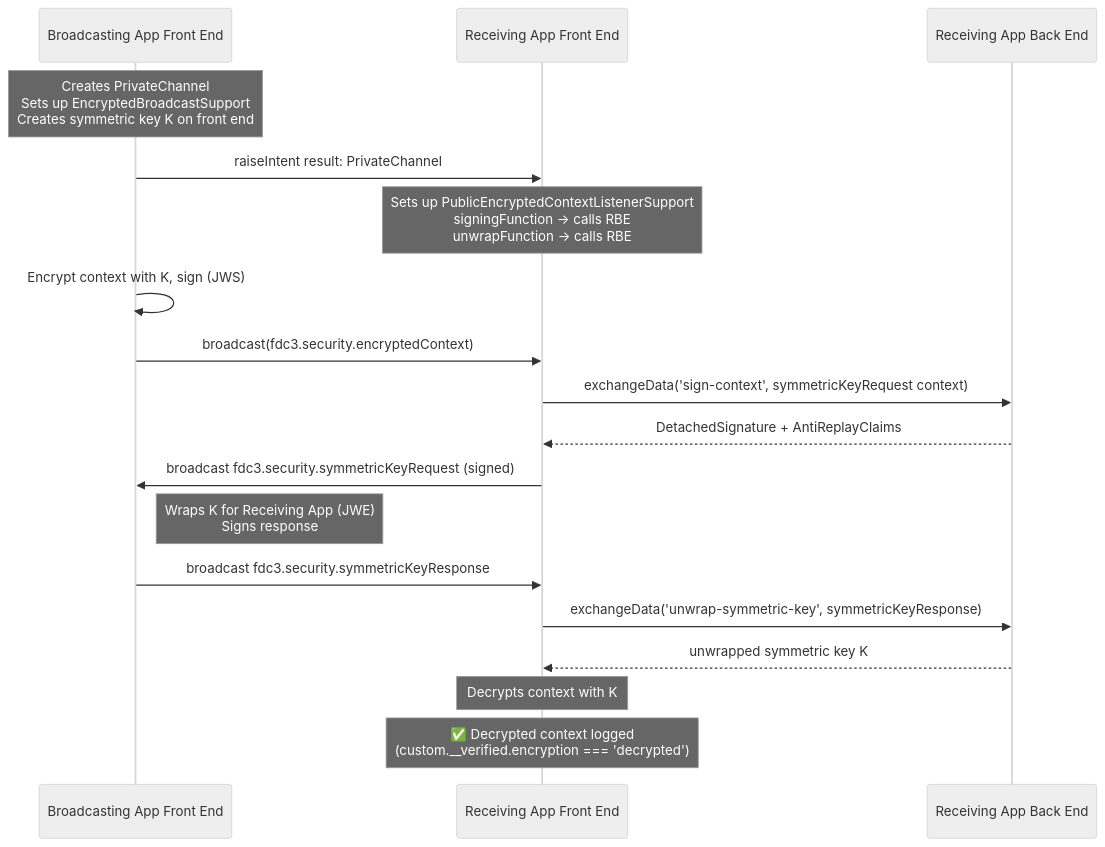
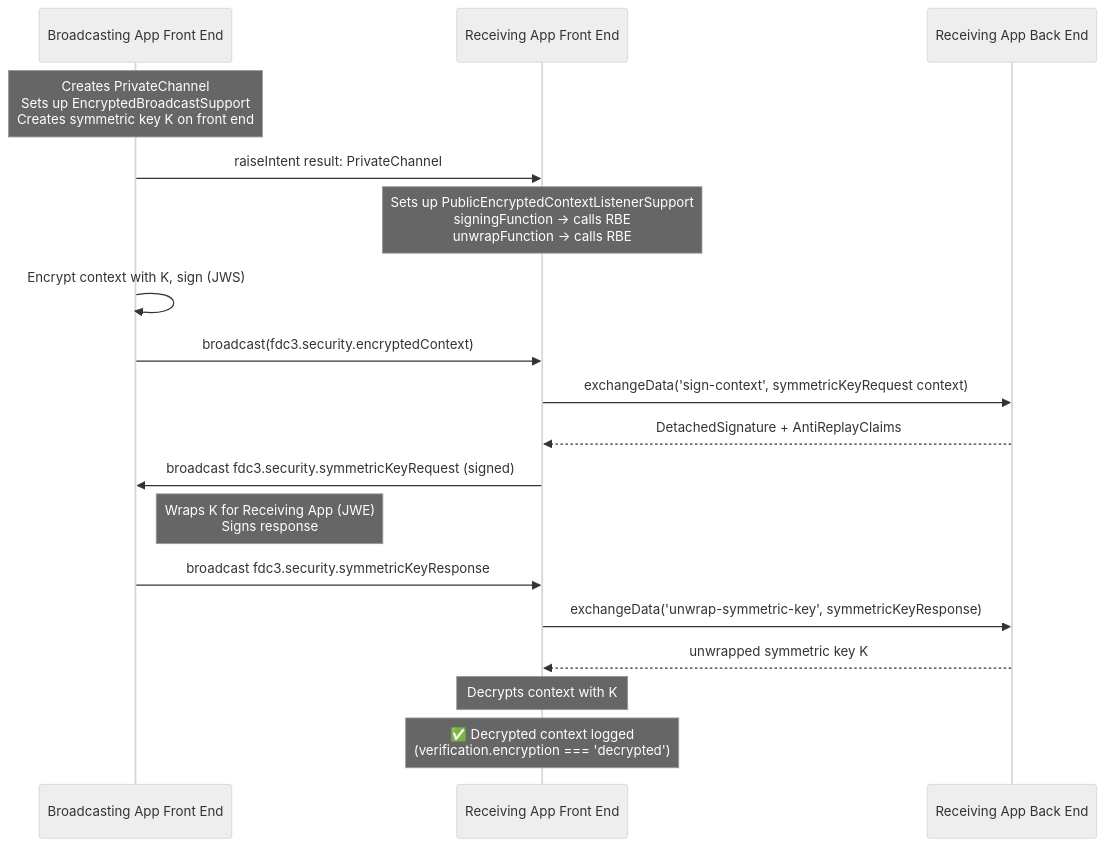
One commit to finos/FDC3 changed the second of 5 diagrams in packages/fdc3-security/samples/README.md. Above: the diagram before and after it, drawn with Mermaid (neutral theme). The commit also changed other lines of this file and 21 other files, not shown here.

Commit message:
Improving reader comprehension by changing VerifiedContextMetadata to ContextVerificationMetadata and adding documentation throughout fdc3-security

````diff
--- a/packages/fdc3-security/samples/README.md
+++ b/packages/fdc3-security/samples/README.md
@@ -76,27 +76,27 @@
 ```mermaid
 sequenceDiagram
     participant BFE as Broadcasting App Front End
     participant RFE as Receiving App Front End
     participant RBE as Receiving App Back End
 
     Note over BFE: Creates PrivateChannel<br/>Sets up EncryptedBroadcastSupport<br/>Creates symmetric key K on front end
 
     BFE->>RFE: raiseIntent result: PrivateChannel
     Note over RFE: Sets up PublicEncryptedContextListenerSupport<br/>signingFunction → calls RBE<br/>unwrapFunction → calls RBE
 
     BFE->>BFE: Encrypt context with K, sign (JWS)
     BFE->>RFE: broadcast(fdc3.security.encryptedContext)
 
     RFE->>RBE: exchangeData('sign-context', symmetricKeyRequest context)
     RBE-->>RFE: DetachedSignature + AntiReplayClaims
     RFE->>BFE: broadcast fdc3.security.symmetricKeyRequest (signed)
 
     Note right of BFE: Wraps K for Receiving App (JWE)<br/>Signs response
     BFE->>RFE: broadcast fdc3.security.symmetricKeyResponse
 
     RFE->>RBE: exchangeData('unwrap-symmetric-key', symmetricKeyResponse)
     RBE-->>RFE: unwrapped symmetric key K
 
     Note over RFE: Decrypts context with K
-    Note over RFE: ✅ Decrypted context logged<br/>(custom.__verified.encryption === 'decrypted')
+    Note over RFE: ✅ Decrypted context logged<br/>(verification.encryption === 'decrypted')
 ```
````
